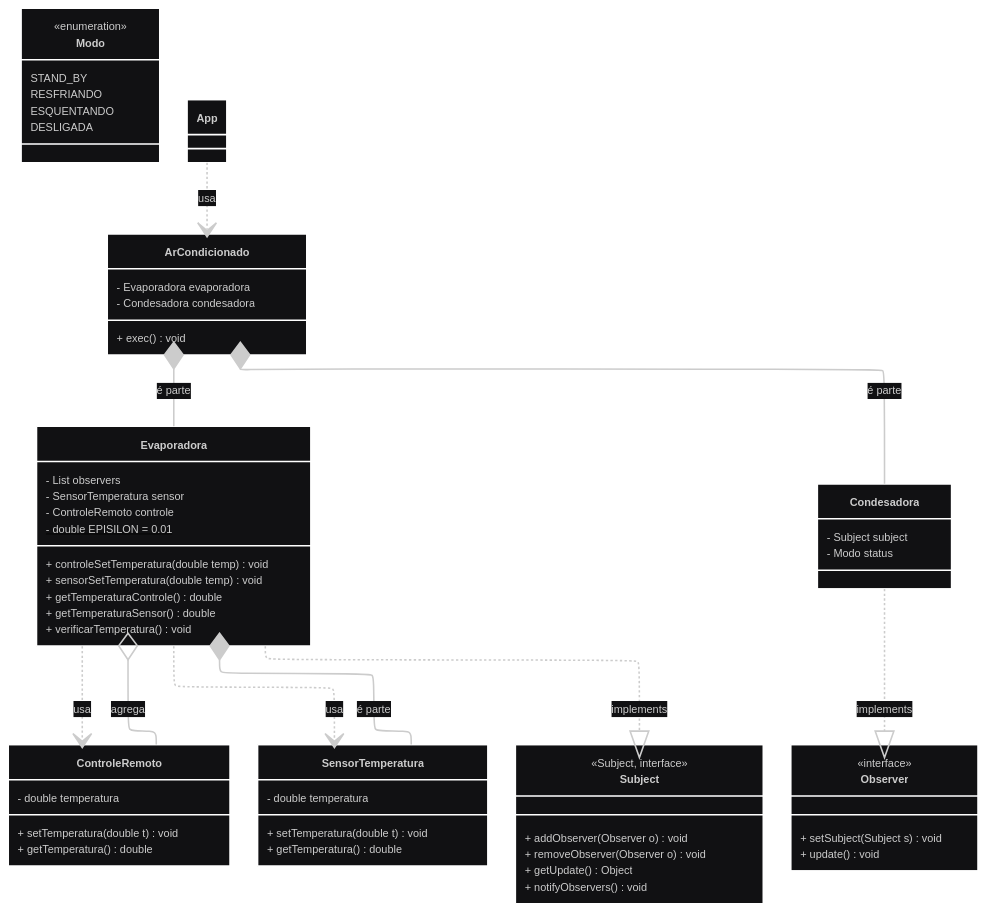
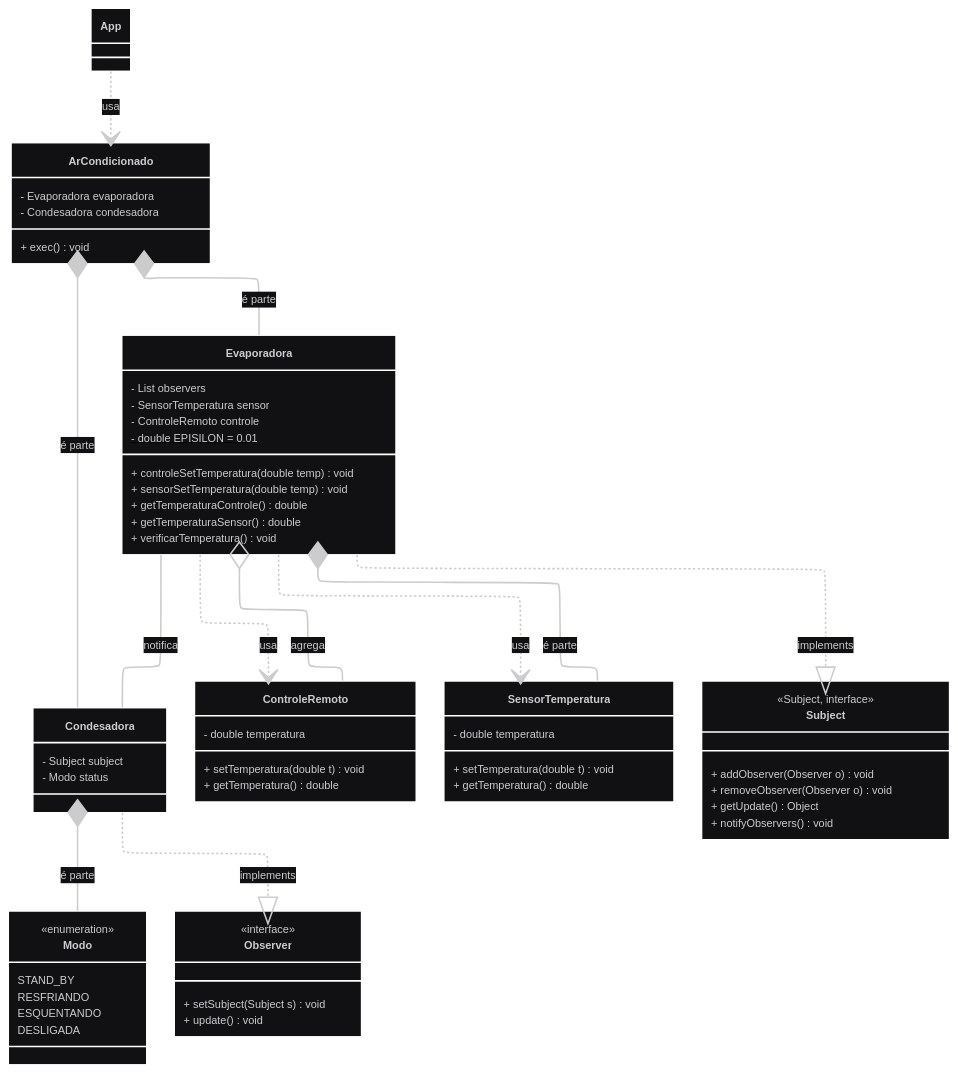
The diagram in src/main/java/com/ericfr1tzenvalle/exam/exercise1/README.md (ericfr1tzenvalle/oop2-exam), drawn with Mermaid before and after one commit.

Commit message:
fix: corrigir erro de formatação

````diff
--- a/src/main/java/com/ericfr1tzenvalle/exam/exercise1/README.md
+++ b/src/main/java/com/ericfr1tzenvalle/exam/exercise1/README.md
@@ -11,67 +11,69 @@
 ```mermaid
 ---
 config:
   layout: elk
   theme: redux-dark
 ---
 classDiagram
 class ArCondicionado{
   - Evaporadora evaporadora
   - Condesadora condesadora
   + exec() void
 }
 class Evaporadora{
   - List<Observer> observers
   - SensorTemperatura sensor
   - ControleRemoto controle
   - double EPISILON = 0.01$
   + controleSetTemperatura(double temp) void
   + sensorSetTemperatura(double temp) void
   + getTemperaturaControle() double
   + getTemperaturaSensor() double
   + verificarTemperatura() void
 }
 class Condesadora{
   - Subject subject
   - Modo status
 }
 class Modo{
   <<enumeration>>
   STAND_BY
   RESFRIANDO
   ESQUENTANDO
   DESLIGADA
 }
 class ControleRemoto{
   - double temperatura
   + setTemperatura(double t) void
   + getTemperatura() double
 }
 class SensorTemperatura{
   - double temperatura
   + setTemperatura(double t) void
   + getTemperatura() double
 }
 class Subject{
   <<Subject, interface>>
   + addObserver(Observer o) void 
   + removeObserver(Observer o) void
   + getUpdate() Object
   + notifyObservers() void
 }
 class Observer{
   <<interface>>
   + setSubject(Subject s) void
   + update() void
 }
 class App
 App ..> ArCondicionado: usa
 Condesadora ..|> Observer: implements
 Evaporadora ..|> Subject: implements
 Evaporadora *-- SensorTemperatura: é parte
 Evaporadora o-- ControleRemoto: agrega
 Evaporadora ..> SensorTemperatura: usa
 Evaporadora ..> ControleRemoto: usa
 ArCondicionado *-- Evaporadora: é parte
 ArCondicionado *-- Condesadora: é parte
+Condesadora *-- Modo: é parte
+Evaporadora -- Condesadora: notifica
 ```
````
